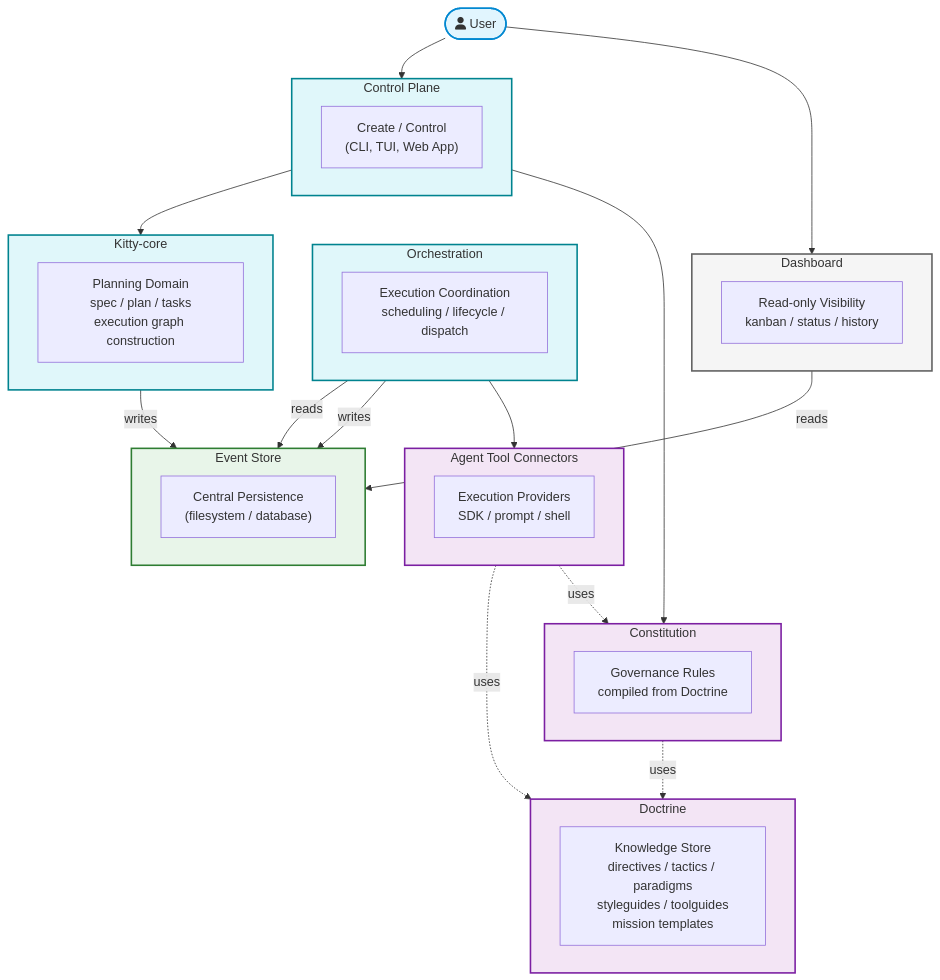
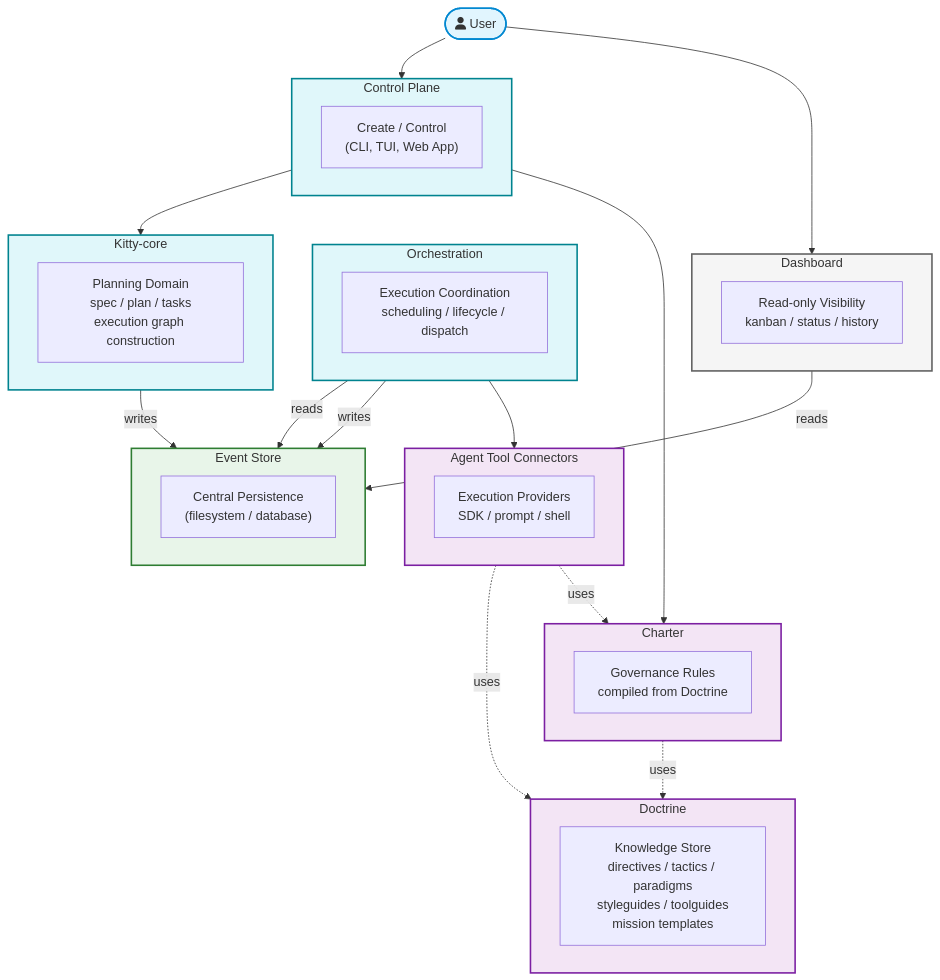
Before and after one commit to Priivacy-ai/spec-kitty: the diagram in architecture/2.x/00_landscape/README.md, drawn with Mermaid. The commit also changed other lines of this file and 324 other files, not shown here.

````diff
--- a/architecture/2.x/00_landscape/README.md
+++ b/architecture/2.x/00_landscape/README.md
@@ -168,82 +168,82 @@
 ```mermaid
 flowchart TB
     user([fa:fa-user User])
 
     subgraph ControlPlane["Control Plane"]
         cp_desc["Create / Control\n(CLI, TUI, Web App)"]
     end
 
     subgraph KittyCore["Kitty-core"]
         kc_desc["Planning Domain\nspec / plan / tasks\nexecution graph construction"]
     end
 
     subgraph EventStore["Event Store"]
         es_desc["Central Persistence\n(filesystem / database)"]
     end
 
     subgraph Orchestration["Orchestration"]
         orch_desc["Execution Coordination\nscheduling / lifecycle / dispatch"]
     end
 
     subgraph Dashboard["Dashboard"]
         dash_desc["Read-only Visibility\nkanban / status / history"]
     end
 
     subgraph Connectors["Agent Tool Connectors"]
         conn_desc["Execution Providers\nSDK / prompt / shell"]
     end
 
     subgraph Doctrine["Doctrine"]
         doc_desc["Knowledge Store\ndirectives / tactics / paradigms\nstyleguides / toolguides\nmission templates"]
     end
 
-    subgraph Constitution["Constitution"]
+    subgraph Charter["Charter"]
         const_desc["Governance Rules\ncompiled from Doctrine"]
     end
 
     %% User interactions
     user --> ControlPlane
     user --> Dashboard
 
     %% Control Plane routes
     ControlPlane --> KittyCore
-    ControlPlane --> Constitution
+    ControlPlane --> Charter
 
     %% Kitty-core writes to Event Store
     KittyCore -- "writes" --> EventStore
 
     %% Event Store <-> Orchestration (bidirectional)
     Orchestration -- "reads" --> EventStore
     Orchestration -- "writes" --> EventStore
 
     %% Dashboard reads from Event Store
     Dashboard -- "reads" --> EventStore
 
     %% Orchestration dispatches to Connectors
     Orchestration --> Connectors
 
-    %% Connectors use Doctrine and Constitution
+    %% Connectors use Doctrine and Charter
     Connectors -. "uses" .-> Doctrine
-    Connectors -. "uses" .-> Constitution
+    Connectors -. "uses" .-> Charter
 
-    %% Constitution uses Doctrine
-    Constitution -. "uses" .-> Doctrine
+    %% Charter uses Doctrine
+    Charter -. "uses" .-> Doctrine
 
     %% Styling
     classDef person fill:#E1F5FE,stroke:#0288D1,stroke-width:2px
     classDef control fill:#E0F7FA,stroke:#00838F,stroke-width:2px
     classDef core fill:#E0F7FA,stroke:#00838F,stroke-width:2px
     classDef store fill:#E8F5E9,stroke:#2E7D32,stroke-width:2px
     classDef view fill:#F5F5F5,stroke:#616161,stroke-width:2px
     classDef knowledge fill:#F3E5F5,stroke:#7B1FA2,stroke-width:2px
 
     class user person
     class ControlPlane control
     class KittyCore core
     class Orchestration core
     class EventStore store
     class Dashboard view
     class Connectors knowledge
     class Doctrine knowledge
-    class Constitution knowledge
+    class Charter knowledge
 ```
````
